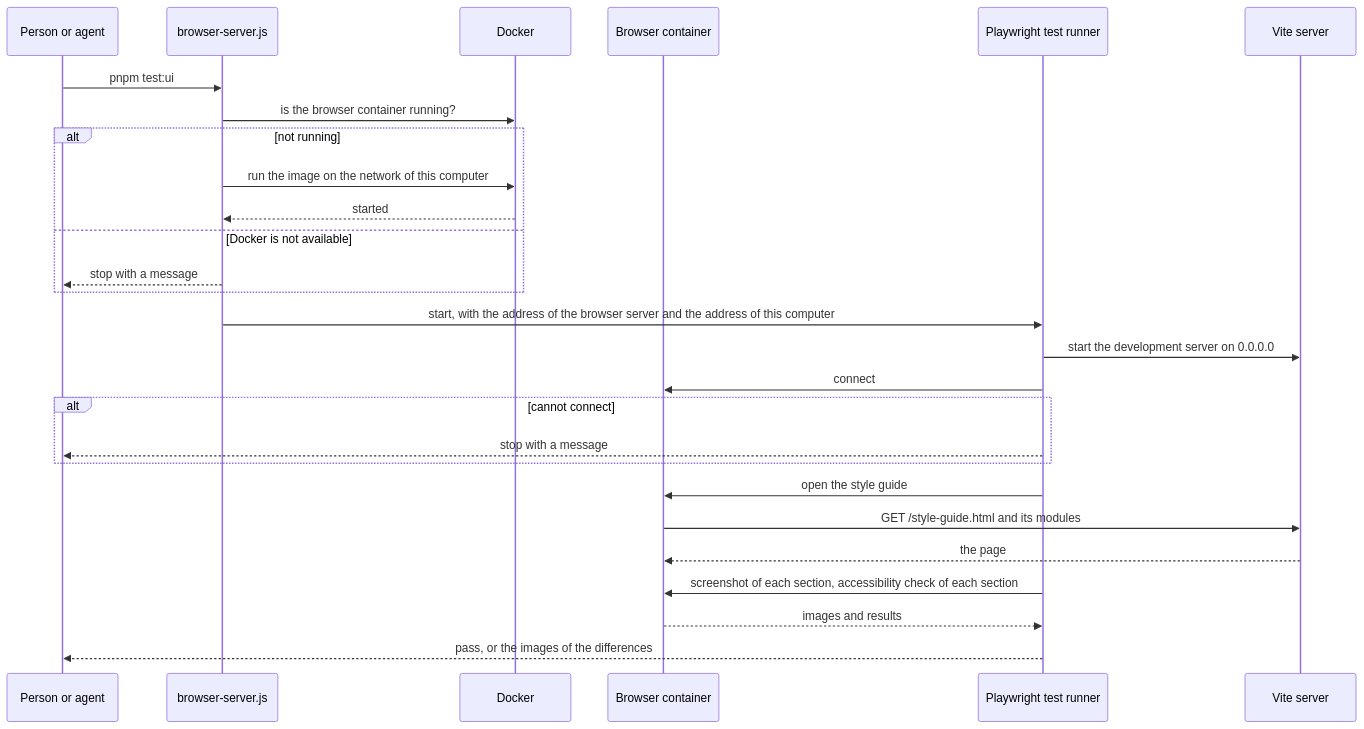
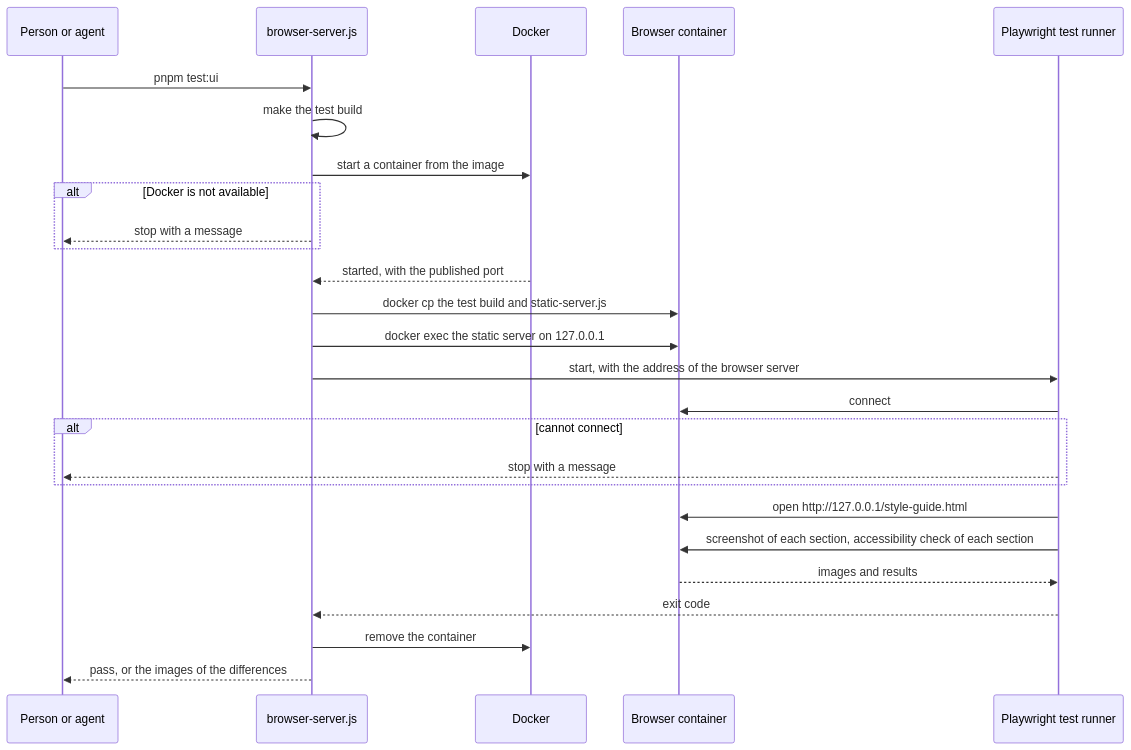
The diagram in openspec/changes/496-workbench-design-system/design.md (twin-digital/opus), drawn with Mermaid before and after one commit. The commit also changed other lines of this file and 33 other files, not shown here.

Commit message:
feat(wishem): add the workbench application package and its pinned-browser screenshot tests

````diff
--- a/openspec/changes/496-workbench-design-system/design.md
+++ b/openspec/changes/496-workbench-design-system/design.md
@@ -173,30 +188,29 @@
 ```mermaid
 sequenceDiagram
   participant P as Person or agent
   participant S as browser-server.js
   participant D as Docker
   participant B as Browser container
   participant T as Playwright test runner
-  participant V as Vite server
 
   P->>S: pnpm test:ui
-  S->>D: is the browser container running?
-  alt not running
-    S->>D: run the image on the network of this computer
-    D-->>S: started
-  else Docker is not available
+  S->>S: make the test build
+  S->>D: start a container from the image
+  alt Docker is not available
     S-->>P: stop with a message
   end
-  S->>T: start, with the address of the browser server and the address of this computer
-  T->>V: start the development server on 0.0.0.0
+  D-->>S: started, with the published port
+  S->>B: docker cp the test build and static-server.js
+  S->>B: docker exec the static server on 127.0.0.1
+  S->>T: start, with the address of the browser server
   T->>B: connect
   alt cannot connect
     T-->>P: stop with a message
   end
-  T->>B: open the style guide
-  B->>V: GET /style-guide.html and its modules
-  V-->>B: the page
+  T->>B: open http://127.0.0.1/style-guide.html
   T->>B: screenshot of each section, accessibility check of each section
   B-->>T: images and results
-  T-->>P: pass, or the images of the differences
+  T-->>S: exit code
+  S->>D: remove the container
+  S-->>P: pass, or the images of the differences
 ```
````
